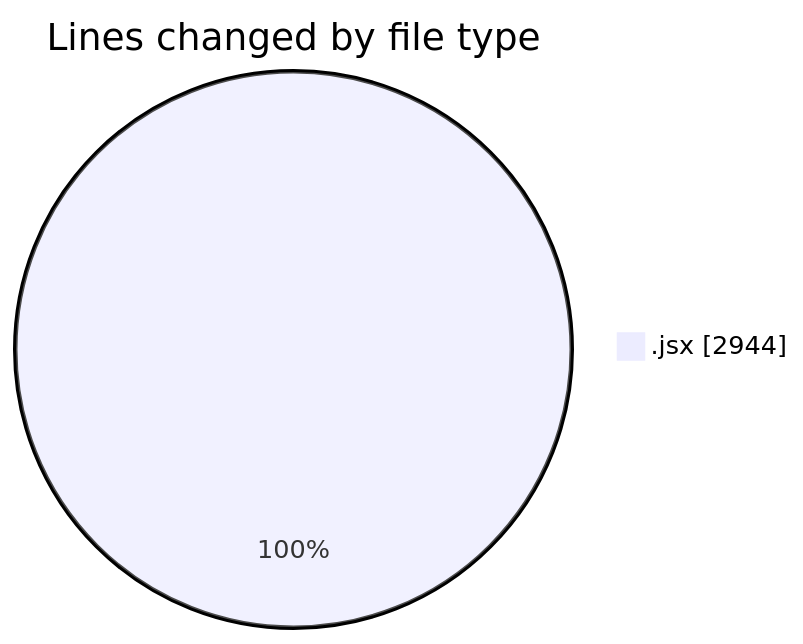
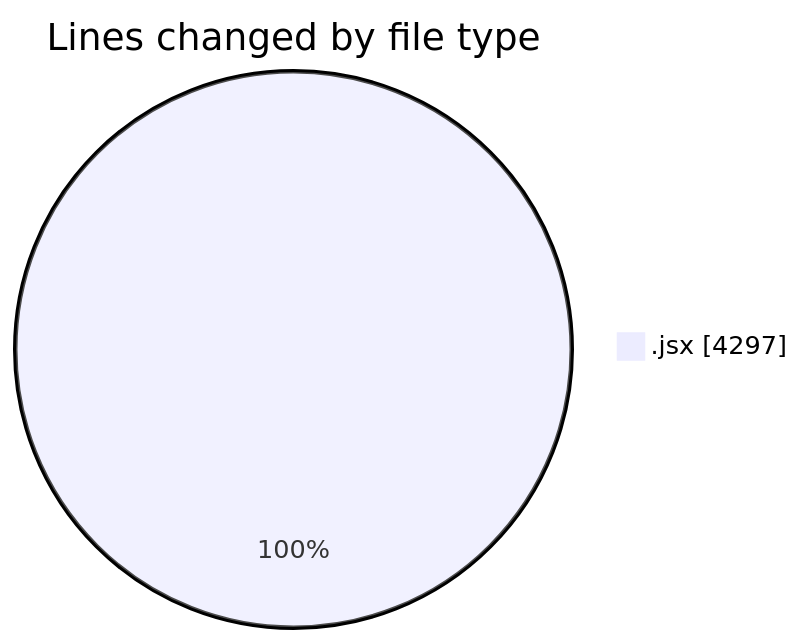
Before and after one commit to nxtqubesakshisongat/code-tracking: the first of 2 diagrams in 2025-06-02/nxtqube_webapp/README.md, drawn with Mermaid. The commit also changed other lines of this file and 1 other file, not shown here.

````diff
--- a/2025-06-02/nxtqube_webapp/README.md
+++ b/2025-06-02/nxtqube_webapp/README.md
@@ -21,5 +21,5 @@
 ```mermaid
 pie showData
 title Lines changed by file type
-".jsx" : 2944
+".jsx" : 4297
 ```
````
